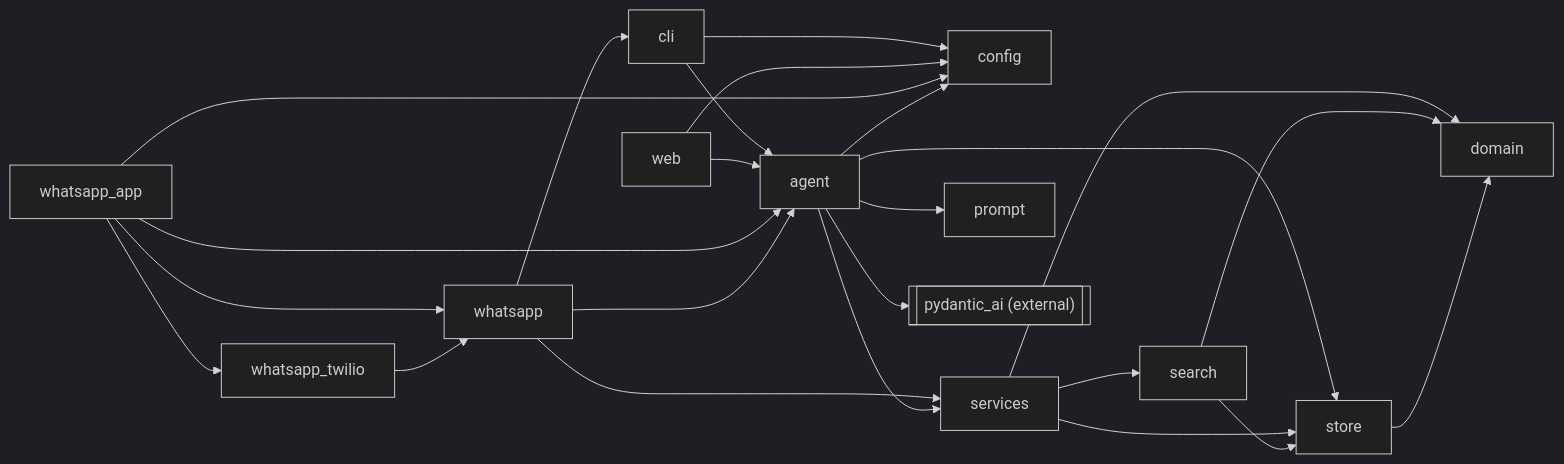
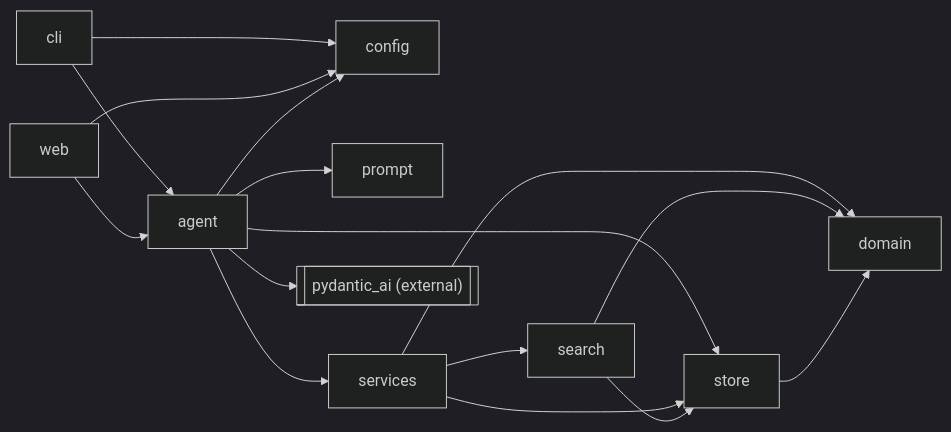
Before and after one commit to rodrigotriboni1/emporio-agent: the first of 3 diagrams in README.md, drawn with Mermaid (dark theme). The commit also changed other lines of this file and 8 other files, not shown here.

````diff
--- a/README.md
+++ b/README.md
@@ -93,27 +93,19 @@
 ```mermaid
 flowchart LR
     cli --> config
     cli --> agent
     web --> config
     web --> agent
-    whatsapp_app --> config
-    whatsapp_app --> agent
-    whatsapp_app --> whatsapp
-    whatsapp_app --> whatsapp_twilio
-    whatsapp --> agent
-    whatsapp --> cli
-    whatsapp --> services
-    whatsapp_twilio --> whatsapp
     agent --> config
     agent --> prompt
     agent --> services
     agent --> store
     agent --> pydantic_ai
     services --> domain
     services --> store
     services --> search
     search --> domain
     search --> store
     store --> domain
     pydantic_ai[["pydantic_ai (external)"]]
 ```
````
